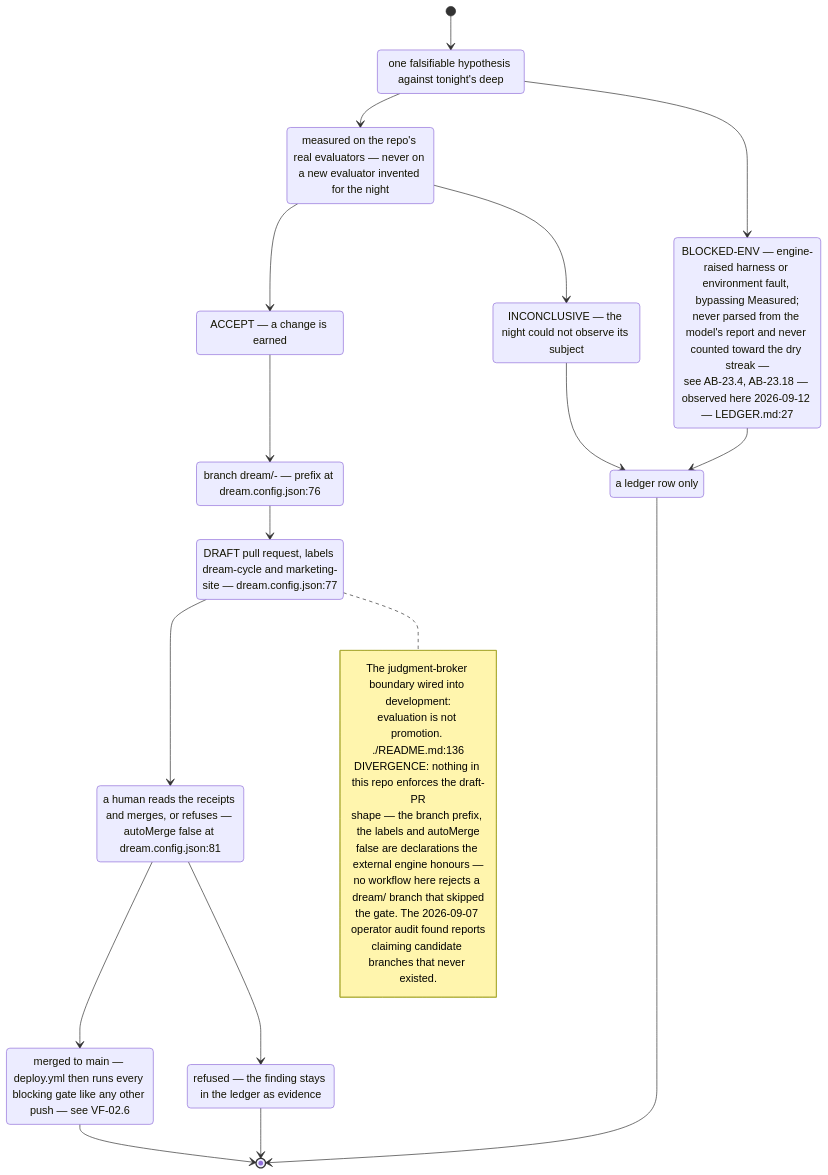
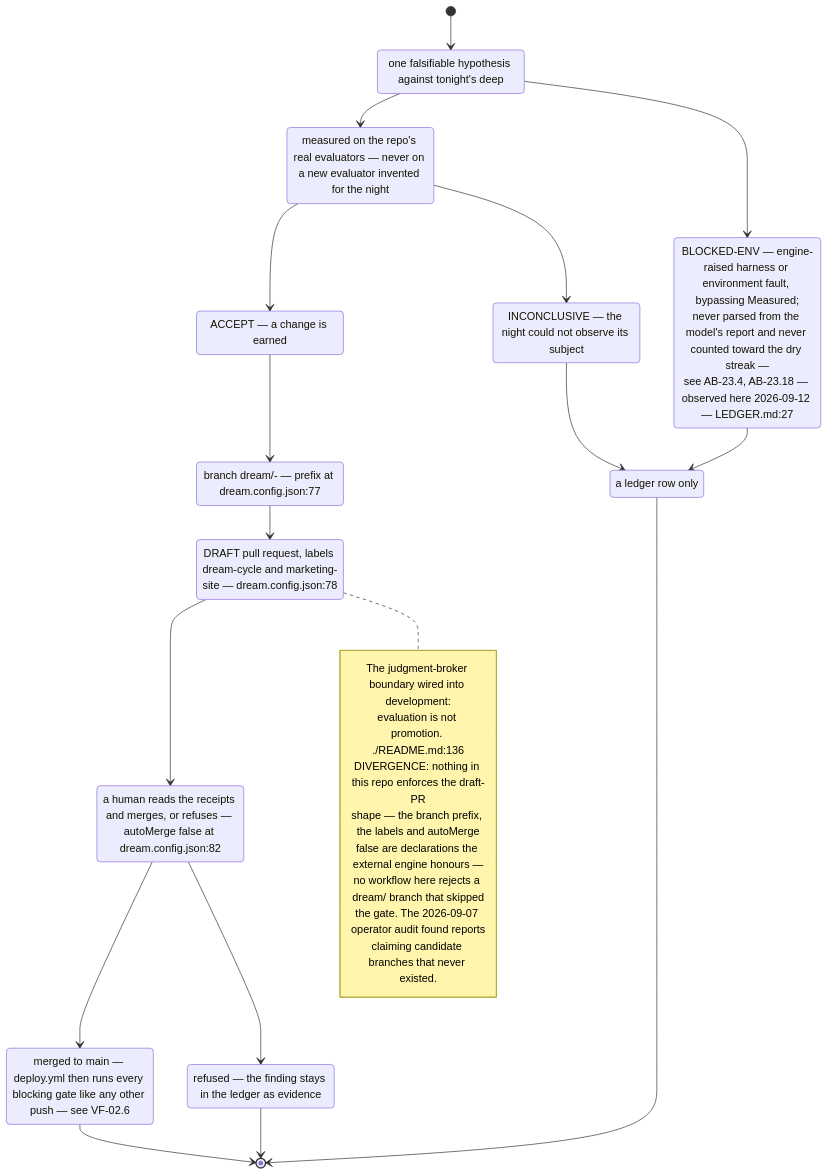
One commit to DreamLab-AI/VisionFlow changed the eighth of 9 diagrams in docs/diagrams/visionflow/04-dream-cycle-integration.md. Above: the diagram before and after it, drawn with Mermaid. The commit also changed other lines of this file and 21 other files, not shown here.

Commit message:
docs(diagrams): refresh first verified estate batch

````diff
--- a/docs/diagrams/visionflow/04-dream-cycle-integration.md
+++ b/docs/diagrams/visionflow/04-dream-cycle-integration.md
@@ -244,40 +246,40 @@
 ```mermaid
 stateDiagram-v2
     direction TB
     [*] --> Hypothesis
     state "one falsifiable hypothesis against tonight's deep" as Hypothesis
     Hypothesis --> Measured
     Hypothesis --> BlockedEnv
     state "measured on the repo's real evaluators — never on a new evaluator invented for the night" as Measured
     Measured --> Accept
     Measured --> Inconclusive
     state "ACCEPT — a change is earned" as Accept
     state "INCONCLUSIVE — the night could not observe its subject" as Inconclusive
     state "BLOCKED-ENV — engine-raised harness or environment fault, bypassing Measured;<br/>never parsed from the model's report and never counted toward the dry streak —<br/>see AB-23.4, AB-23.18 — observed here 2026-09-12 — LEDGER.md:27" as BlockedEnv
     BlockedEnv --> LedgerOnly
     Accept --> Branch
-    state "branch dream/<deep>-<date> — prefix at dream.config.json:76" as Branch
+    state "branch dream/<deep>-<date> — prefix at dream.config.json:77" as Branch
     Branch --> Draft
-    state "DRAFT pull request, labels dream-cycle and marketing-site — dream.config.json:77" as Draft
+    state "DRAFT pull request, labels dream-cycle and marketing-site — dream.config.json:78" as Draft
     Draft --> Human
-    state "a human reads the receipts and merges, or refuses — autoMerge false at dream.config.json:81" as Human
+    state "a human reads the receipts and merges, or refuses — autoMerge false at dream.config.json:82" as Human
     Human --> Merged
     Human --> Refused
     state "merged to main — deploy.yml then runs every blocking gate like any other push — see VF-02.6" as Merged
     state "refused — the finding stays in the ledger as evidence" as Refused
     Inconclusive --> LedgerOnly
     state "a ledger row only" as LedgerOnly
     Merged --> [*]
     Refused --> [*]
     LedgerOnly --> [*]
     note right of Draft
       The judgment-broker boundary wired into development:
       evaluation is not promotion. ./README.md:136
       DIVERGENCE: nothing in this repo enforces the draft-PR
       shape — the branch prefix, the labels and autoMerge
       false are declarations the external engine honours —
       no workflow here rejects a dream/ branch that skipped
       the gate. The 2026-09-07 operator audit found reports
       claiming candidate branches that never existed.
     end note
 ```
````
